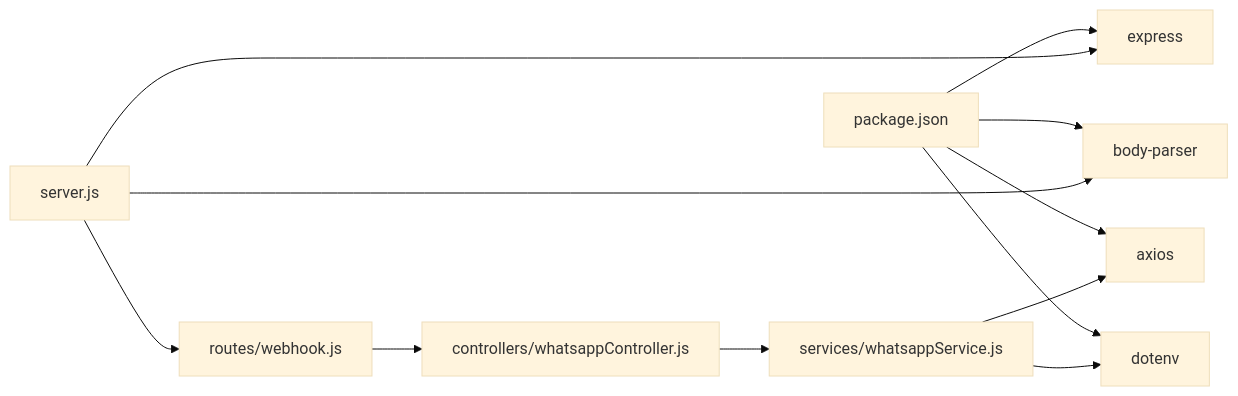
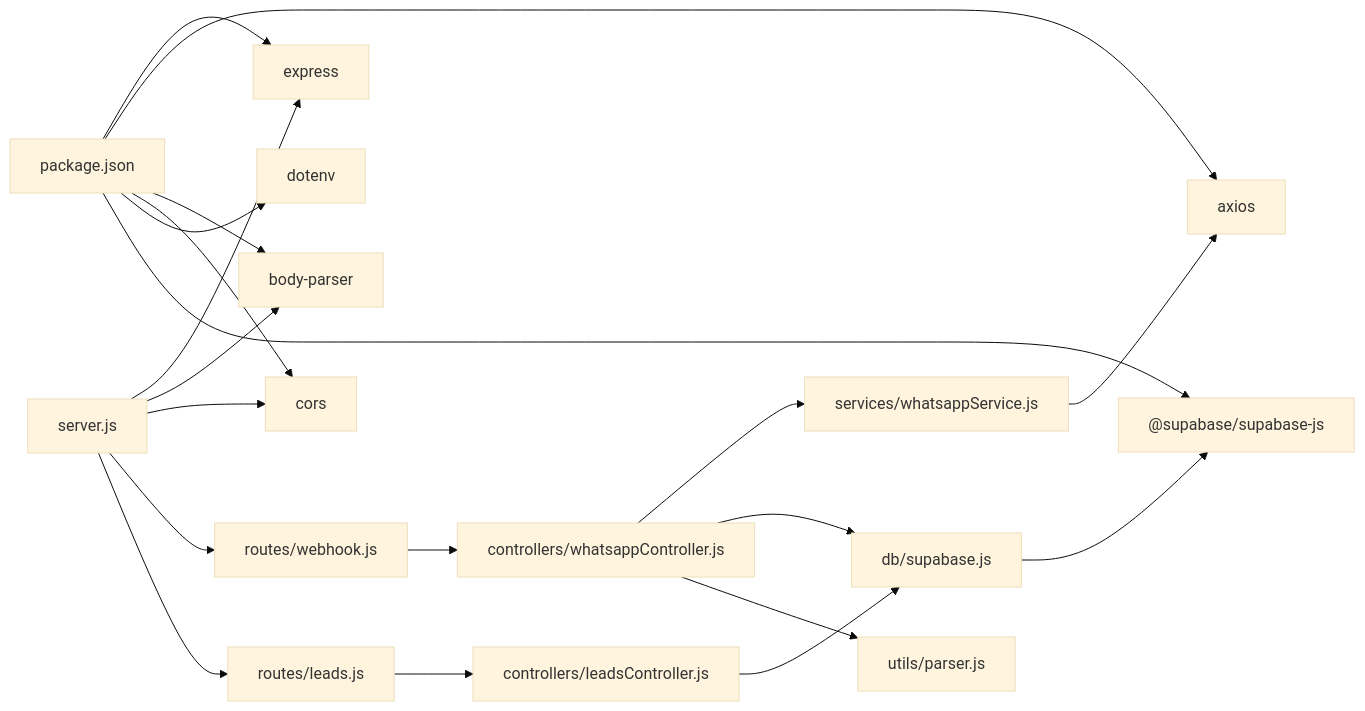
The sixth of 6 diagrams in .qoder/repowiki/en/content/System Architecture.md (hariom-wdsadhunik/SaaS-Project), drawn with Mermaid (base theme) before and after one commit. The commit also changed other lines of this file and 13 other files, not shown here.

````diff
--- a/.qoder/repowiki/en/content/System Architecture.md
+++ b/.qoder/repowiki/en/content/System Architecture.md
@@ -222,14 +379,22 @@
 ```mermaid
 graph LR
 P["package.json"] --> E["express"]
+P --> AX["axios"]
 P --> BP["body-parser"]
-P --> AX["axios"]
+P --> CS["cors"]
 P --> DOT["dotenv"]
+P --> SUP["@supabase/supabase-js"]
 S["server.js"] --> E
 S --> BP
-S --> R["routes/webhook.js"]
-R --> C["controllers/whatsappController.js"]
-C --> SVC["services/whatsappService.js"]
+S --> CS
+S --> R1["routes/webhook.js"]
+S --> R2["routes/leads.js"]
+R1 --> C1["controllers/whatsappController.js"]
+R2 --> C2["controllers/leadsController.js"]
+C1 --> SVC["services/whatsappService.js"]
+C1 --> DB["db/supabase.js"]
+C1 --> UT["utils/parser.js"]
+C2 --> DB
 SVC --> AX
-SVC --> DOT
+DB --> SUP
 ```
````
